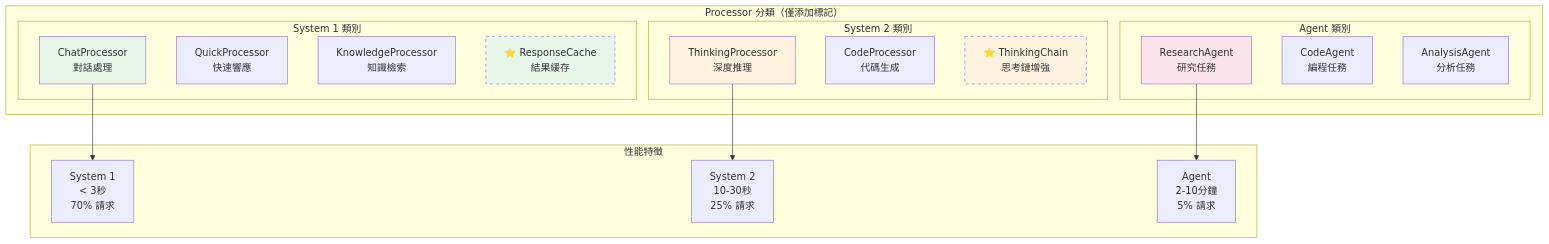
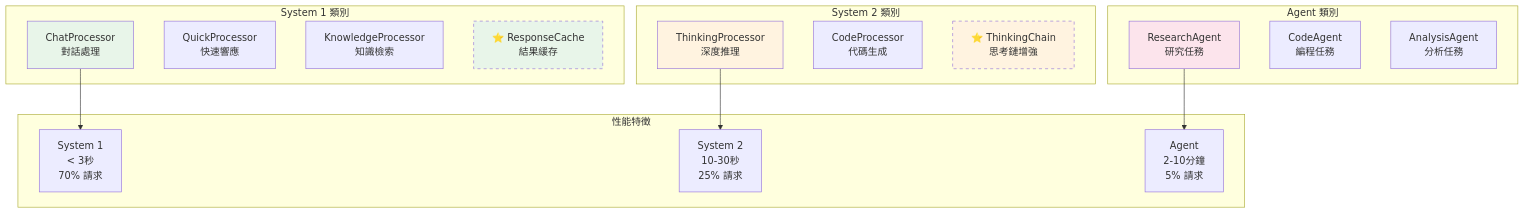
Before and after one commit to Zenobia000/openagent_backend: the fourth of 10 diagrams in Architecture_Refactoring_Toolkit/project_docs/架構設計/Architecture_Diagrams_Adjusted.md, drawn with Mermaid. The commit also changed other lines of this file and 108 other files, not shown here.

````diff
--- a/Architecture_Refactoring_Toolkit/project_docs/架構設計/Architecture_Diagrams_Adjusted.md
+++ b/Architecture_Refactoring_Toolkit/project_docs/架構設計/Architecture_Diagrams_Adjusted.md
@@ -175,39 +175,37 @@
 ```mermaid
 graph TB
-    subgraph "Processor 分類（僅添加標記）"
-        subgraph "System 1 類別"
-            S1_1[ChatProcessor<br/>對話處理]
-            S1_2[QuickProcessor<br/>快速響應]
-            S1_3[KnowledgeProcessor<br/>知識檢索]
-            S1_Cache[⭐ ResponseCache<br/>結果緩存]
-        end
+    subgraph "System 1 類別"
+        S1_1[ChatProcessor<br/>對話處理]
+        S1_2[QuickProcessor<br/>快速響應]
+        S1_3[KnowledgeProcessor<br/>知識檢索]
+        S1_Cache[⭐ ResponseCache<br/>結果緩存]
+    end
 
-        subgraph "System 2 類別"
-            S2_1[ThinkingProcessor<br/>深度推理]
-            S2_2[CodeProcessor<br/>代碼生成]
-            S2_Chain[⭐ ThinkingChain<br/>思考鏈增強]
-        end
+    subgraph "System 2 類別"
+        S2_1[ThinkingProcessor<br/>深度推理]
+        S2_2[CodeProcessor<br/>代碼生成]
+        S2_Chain[⭐ ThinkingChain<br/>思考鏈增強]
+    end
 
-        subgraph "Agent 類別"
-            A1[ResearchAgent<br/>研究任務]
-            A2[CodeAgent<br/>編程任務]
-            A3[AnalysisAgent<br/>分析任務]
-        end
+    subgraph "Agent 類別"
+        A1[ResearchAgent<br/>研究任務]
+        A2[CodeAgent<br/>編程任務]
+        A3[AnalysisAgent<br/>分析任務]
     end
 
     subgraph "性能特徵"
         P1[System 1<br/>< 3秒<br/>70% 請求]
         P2[System 2<br/>10-30秒<br/>25% 請求]
         P3[Agent<br/>2-10分鐘<br/>5% 請求]
     end
 
     S1_1 --> P1
     S2_1 --> P2
     A1 --> P3
 
     style S1_Cache fill:#E8F5E9,stroke-dasharray: 5 5
     style S2_Chain fill:#FFF3E0,stroke-dasharray: 5 5
     style S1_1 fill:#E8F5E9
     style S2_1 fill:#FFF3E0
     style A1 fill:#FCE4EC
 ```
````
